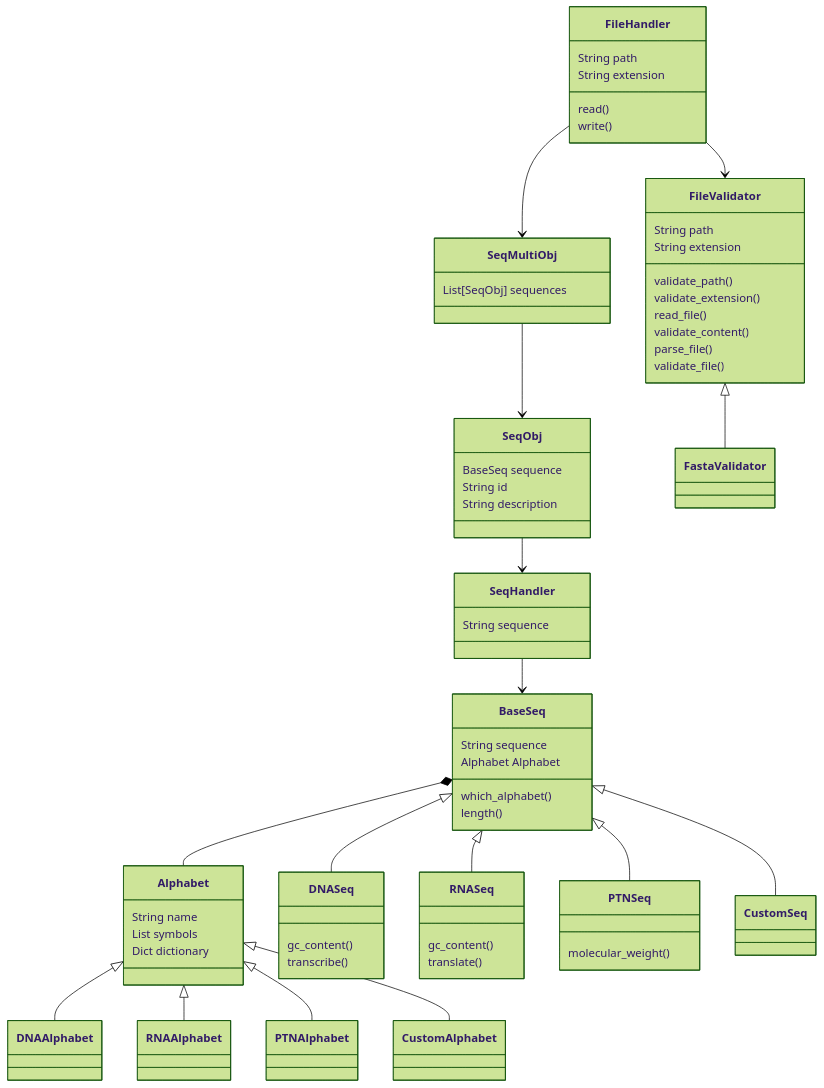
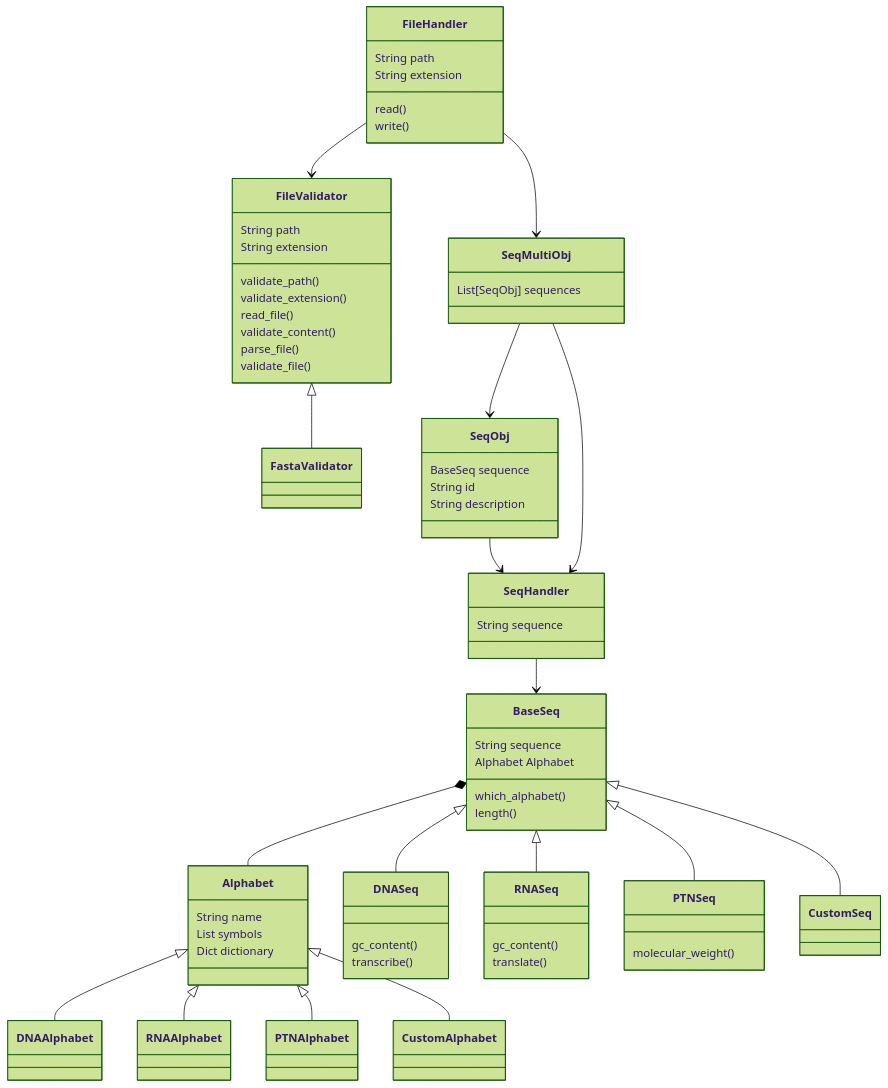
One commit to lorranavf/pyladies_bioinfo_projetc_v1 changed the diagram in docs/class.md. Above: the diagram before and after it, drawn with Mermaid (forest theme).

Commit message:
doc: updating file validator relations

```diff
--- a/docs/class.md
+++ b/docs/class.md
@@ -79,6 +79,7 @@
     FileHandler --> FileValidator
     FileHandler --> SeqMultiObj
     SeqMultiObj --> SeqObj
+    SeqMultiObj --> SeqHandler
     SeqObj --> SeqHandler
     SeqHandler --> BaseSeq
 
```
